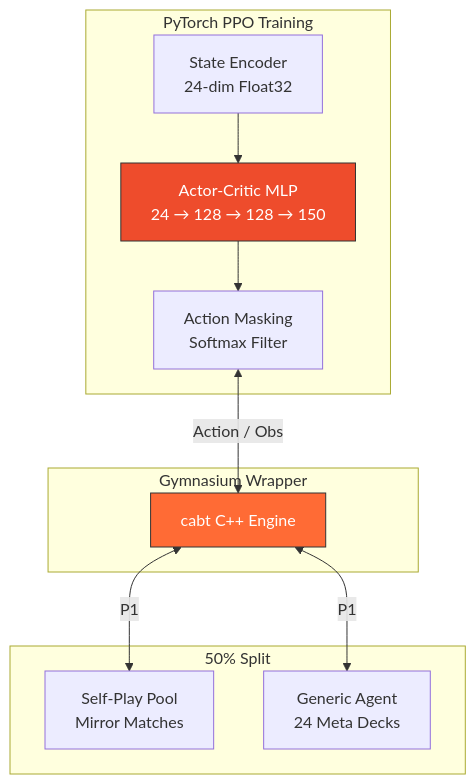
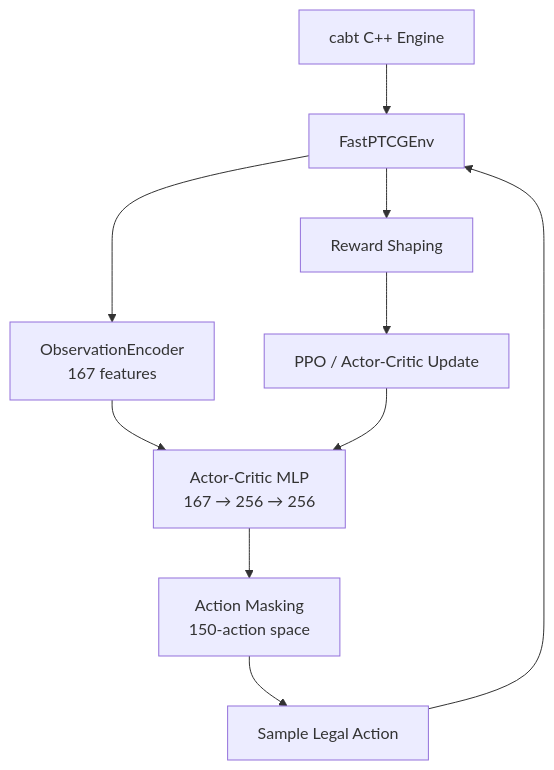
The diagram in README.md (rahulsiiitm/ptcg-rl-agent), drawn with Mermaid before and after one commit. The commit also changed other lines of this file, not shown here.

Commit message:
docs: rewrite README around end-to-end architecture

````diff
--- a/README.md
+++ b/README.md
@@ -128,20 +179,12 @@
 ```mermaid
 graph TD
-    subgraph PyTorch PPO Training
-        SE[State Encoder<br/>24-dim Float32] --> ActorCritic[Actor-Critic MLP<br/>24 → 128 → 128 → 150]
-        ActorCritic --> AM[Action Masking<br/>Softmax Filter]
-    end
-
-    subgraph FastPTCGEnv [Gymnasium Wrapper]
-        Engine[cabt C++ Engine]
-        AM <-->|Action / Obs| Engine
-    end
-
-    subgraph Matchmaking [50% Split]
-        Engine <-->|P1| SelfPlay[Self-Play Pool<br/>Mirror Matches]
-        Engine <-->|P1| Generic[Generic Agent<br/>24 Meta Decks]
-    end
-    
-    style ActorCritic fill:#EE4C2C,stroke:#333,color:#fff
-    style Engine fill:#FF6B35,stroke:#333,color:#fff
+    E[cabt C++ Engine] --> G[FastPTCGEnv]
+    G --> S[ObservationEncoder<br/>167 features]
+    S --> AC[Actor-Critic MLP<br/>167 → 256 → 256]
+    AC --> M[Action Masking<br/>150-action space]
+    M --> A[Sample Legal Action]
+    A --> G
+    G --> R[Reward Shaping]
+    R --> U[PPO / Actor-Critic Update]
+    U --> AC
 ```
````
